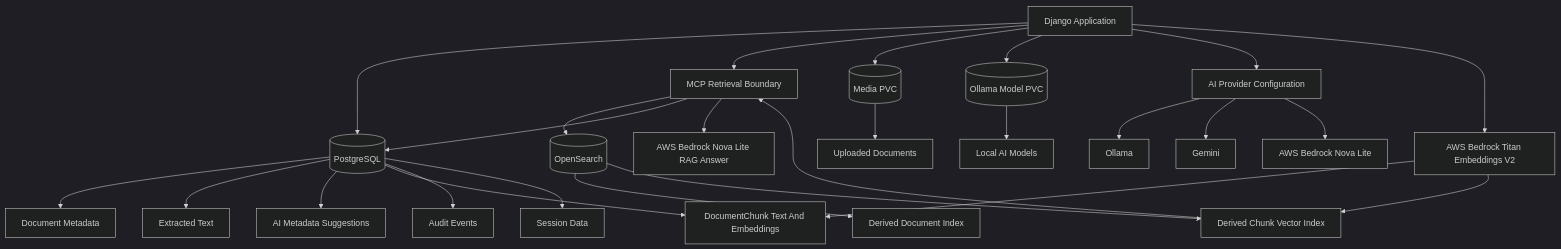
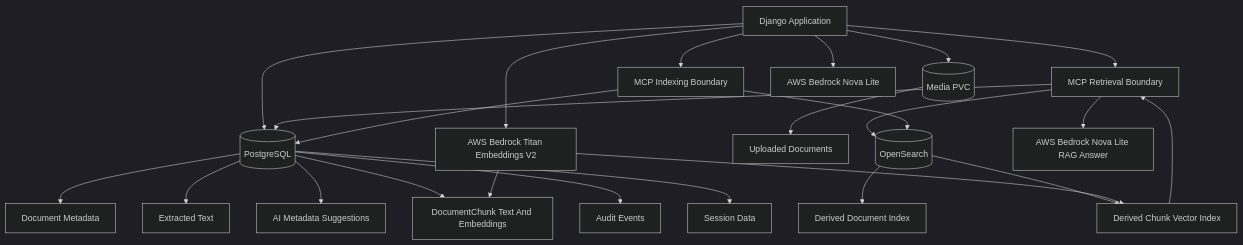
The third of 3 diagrams in docs/architecture.md (khaliqueaws-creator/document-management), drawn with Mermaid (dark theme) before and after one commit. The commit also changed other lines of this file and 6 other files, not shown here.

Commit message:
Align docs with MCP architecture

````diff
--- a/docs/architecture.md
+++ b/docs/architecture.md
@@ -81,35 +75,32 @@
 ```mermaid
 flowchart TB
     App[Django Application]
 
     App --> DB[(PostgreSQL)]
     DB --> Metadata[Document Metadata]
     DB --> ExtractedText[Extracted Text]
     DB --> AISuggestions[AI Metadata Suggestions]
     DB --> Chunks[DocumentChunk Text And Embeddings]
     DB --> Audit[Audit Events]
     DB --> SessionData[Session Data]
 
-    App --> MCP[MCP Retrieval Boundary]
-    MCP --> Search[(OpenSearch)]
-    MCP --> DB
+    App --> RetrievalMCP[MCP Retrieval Boundary]
+    App --> IndexingMCP[MCP Indexing Boundary]
+    RetrievalMCP --> Search[(OpenSearch)]
+    RetrievalMCP --> DB
+    IndexingMCP --> Search
+    IndexingMCP --> DB
     Search --> SearchDocs[Derived Document Index]
     Search --> SearchChunks[Derived Chunk Vector Index]
 
     App --> MediaPVC[(Media PVC)]
     MediaPVC --> Files[Uploaded Documents]
 
-    App --> ModelPVC[(Ollama Model PVC)]
-    ModelPVC --> Models[Local AI Models]
-
-    App --> AIProviderConfig[AI Provider Configuration]
-    AIProviderConfig --> Ollama[Ollama]
-    AIProviderConfig --> Gemini[Gemini]
-    AIProviderConfig --> Bedrock[AWS Bedrock Nova Lite]
+    App --> Bedrock[AWS Bedrock Nova Lite]
 
     App --> Titan[AWS Bedrock Titan Embeddings V2]
     Titan --> Chunks
     Titan --> SearchChunks
-    SearchChunks --> MCP
-    MCP --> RAGAnswer[AWS Bedrock Nova Lite RAG Answer]
+    SearchChunks --> RetrievalMCP
+    RetrievalMCP --> RAGAnswer[AWS Bedrock Nova Lite RAG Answer]
 ```
````
